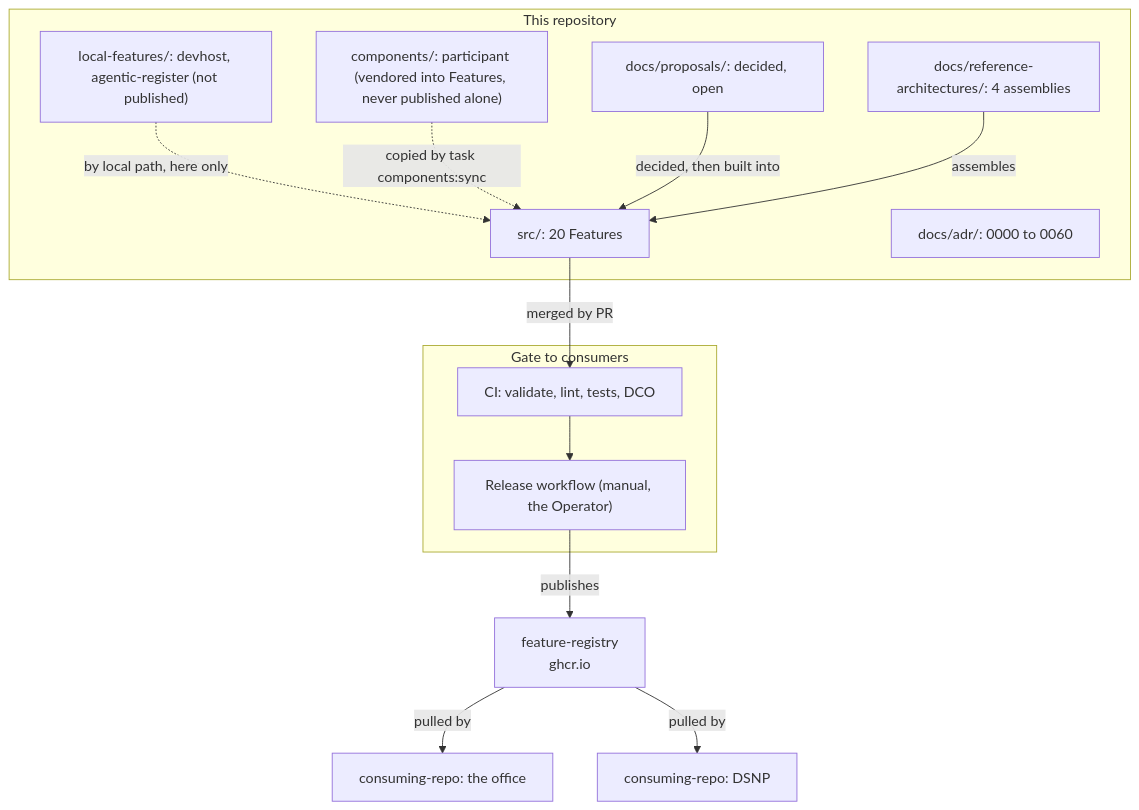
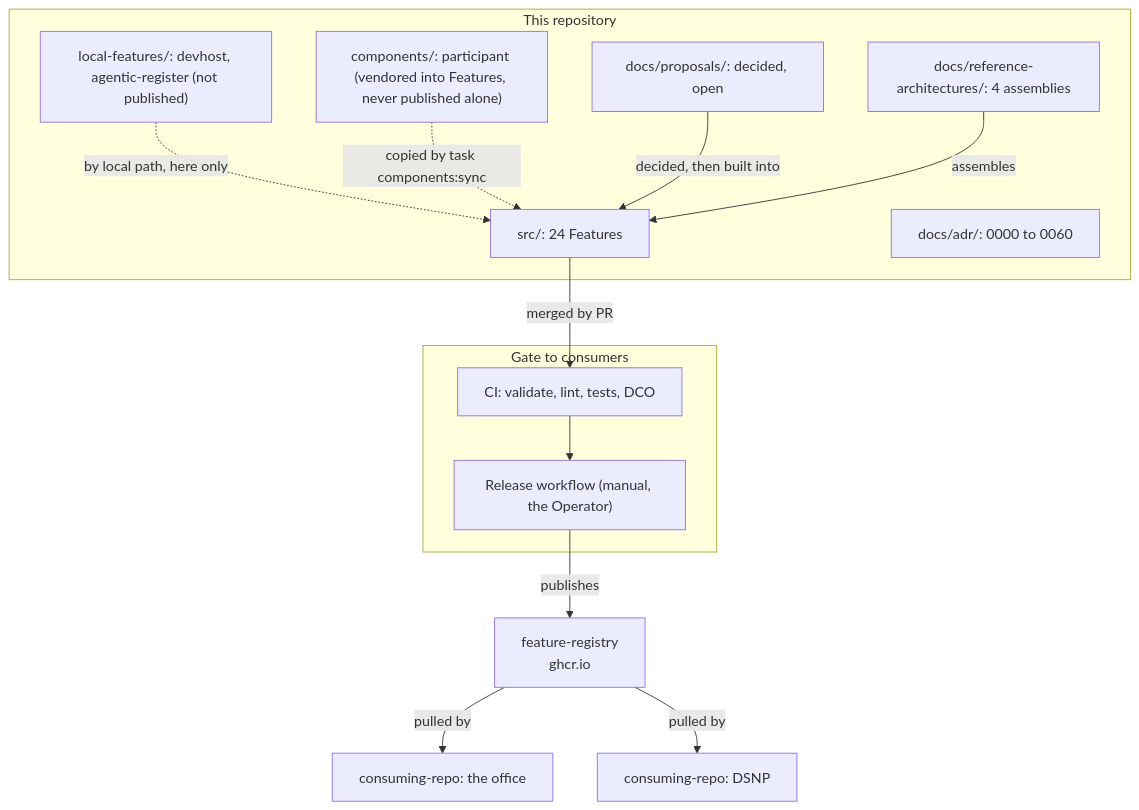
One commit to nabil-becker/devcontainer-features changed the diagram in docs/architecture/state-of-the-architecture.md. Above: the diagram before and after it, drawn with Mermaid. The commit also changed other lines of this file and 7 other files, not shown here.

First line of the commit message:
docs(architecture): the component registry's slice-1 deltas to the standing documents (component-registry-build)

````diff
--- a/docs/architecture/state-of-the-architecture.md
+++ b/docs/architecture/state-of-the-architecture.md
@@ -6,27 +6,27 @@
 ```mermaid
 flowchart TB
   subgraph tree["This repository"]
-    src["src/: 20 Features"]
+    src["src/: 24 Features"]
     lf["local-features/: devhost, agentic-register (not published)"]
     comp["components/: participant (vendored into Features, never published alone)"]
     ra["docs/reference-architectures/: 4 assemblies"]
     pr["docs/proposals/: decided, open"]
     adr["docs/adr/: 0000 to 0060"]
   end
   subgraph gate["Gate to consumers"]
     ci["CI: validate, lint, tests, DCO"]
     release["Release workflow (manual, the Operator)"]
   end
   registry["feature-registry<br/>ghcr.io"]
   office["consuming-repo: the office"]
   dsnp["consuming-repo: DSNP"]
   src -->|merged by PR| ci
   ci --> release
   release -->|publishes| registry
   registry -->|pulled by| office
   registry -->|pulled by| dsnp
   lf -.->|by local path, here only| src
   comp -.->|copied by task components:sync| src
   pr -->|decided, then built into| src
   ra -->|assembles| src
 ```
````
